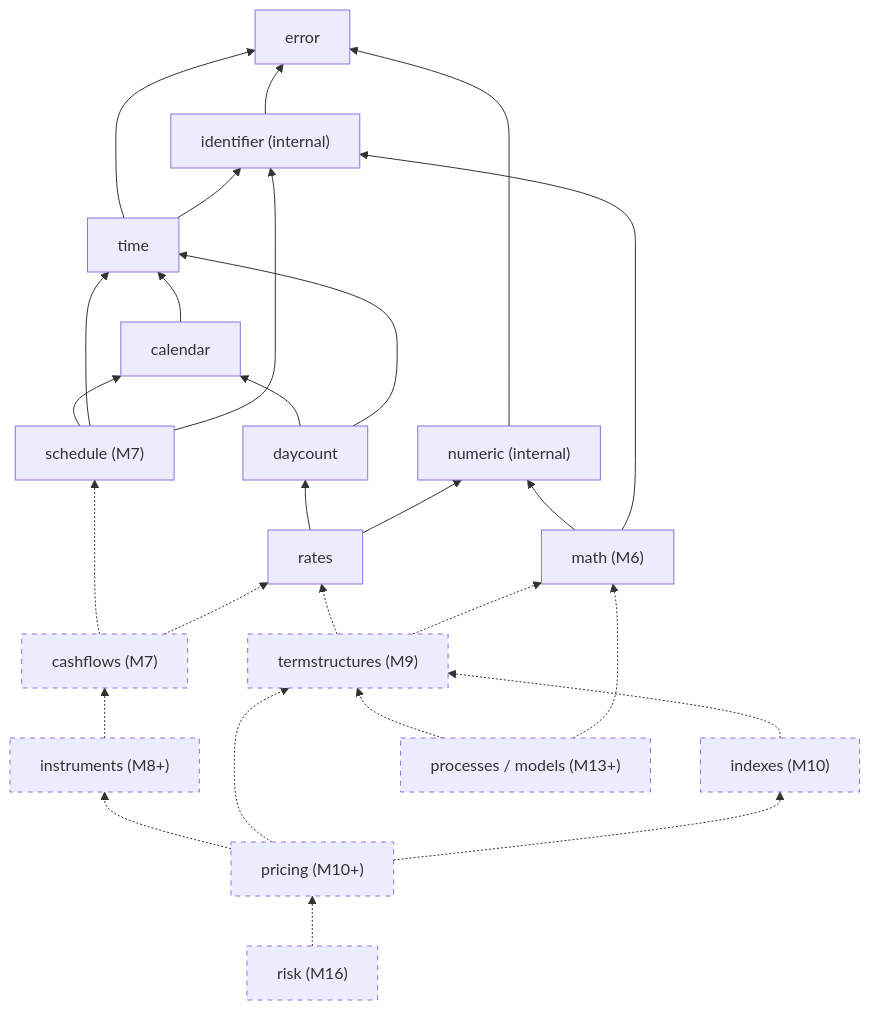
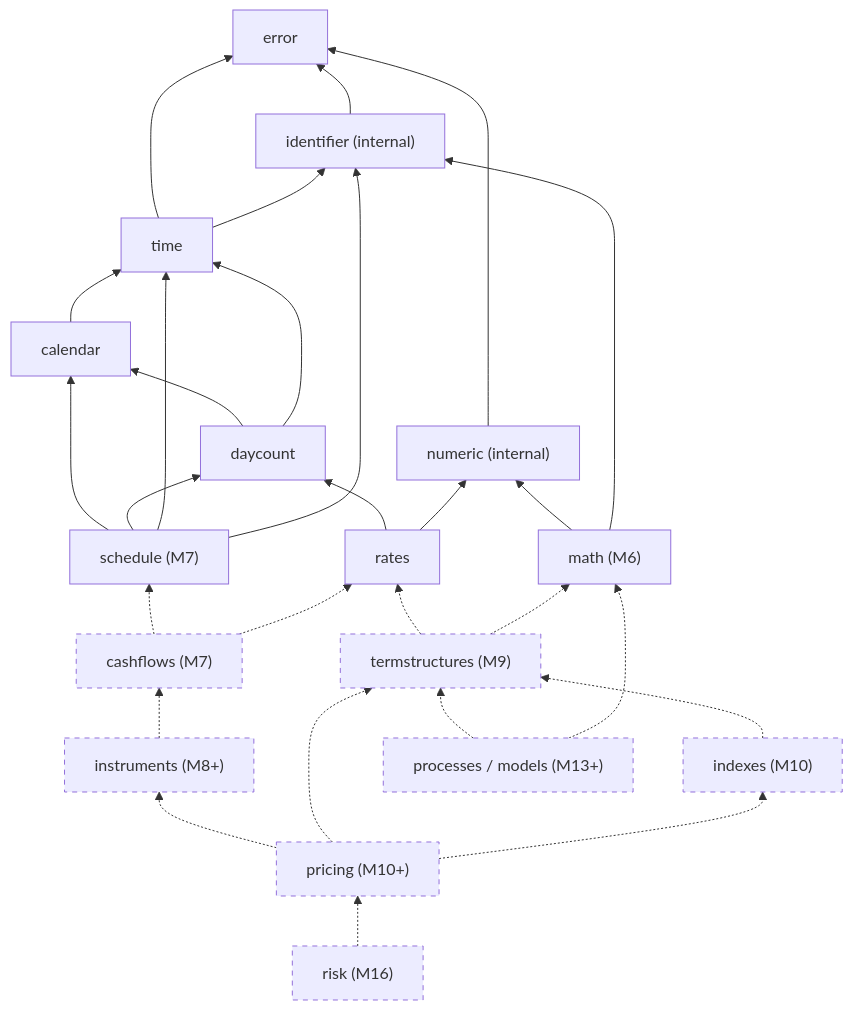
One commit to iceman951/sabiquant changed the diagram in docs/ARCHITECTURE.md. Above: the diagram before and after it, drawn with Mermaid. The commit also changed other lines of this file and 21 other files, not shown here.

````diff
--- a/docs/ARCHITECTURE.md
+++ b/docs/ARCHITECTURE.md
@@ -203,47 +203,48 @@
 ```mermaid
 flowchart BT
   error["error"]
   numeric["numeric (internal)"]
   identifier["identifier (internal)"]
   time["time"]
   calendar["calendar"]
   daycount["daycount"]
   rates["rates"]
   math["math (M6)"]
   schedule["schedule (M7)"]
   cashflows["cashflows (M7)"]
   ts["termstructures (M9)"]
   indexes["indexes (M10)"]
   instruments["instruments (M8+)"]
   pricing["pricing (M10+)"]
   processes["processes / models (M13+)"]
   risk["risk (M16)"]
   numeric --> error
   identifier --> error
   time --> error
   time --> identifier
   calendar --> time
   daycount --> calendar
   daycount --> time
   rates --> daycount
   rates --> numeric
   math --> numeric
   math --> identifier
   schedule --> calendar
+  schedule --> daycount
   schedule --> time
   schedule --> identifier
   cashflows -.-> schedule
   cashflows -.-> rates
   ts -.-> rates
   ts -.-> math
   indexes -.-> ts
   instruments -.-> cashflows
   pricing -.-> instruments
   pricing -.-> ts
   pricing -.-> indexes
   processes -.-> ts
   processes -.-> math
   risk -.-> pricing
   classDef future stroke-dasharray: 5 5;
   class cashflows,ts,indexes,instruments,pricing,processes,risk future;
 ```
````
